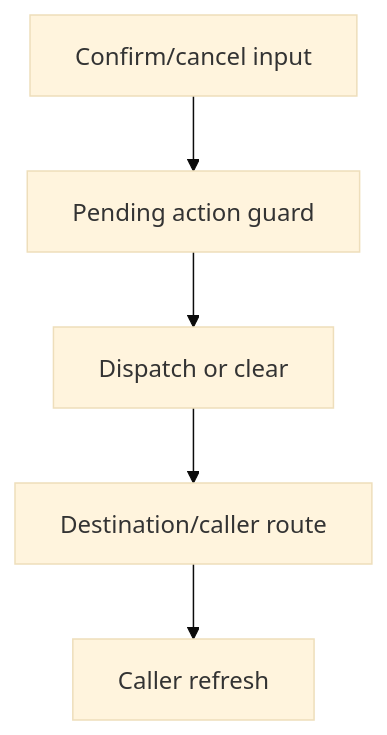
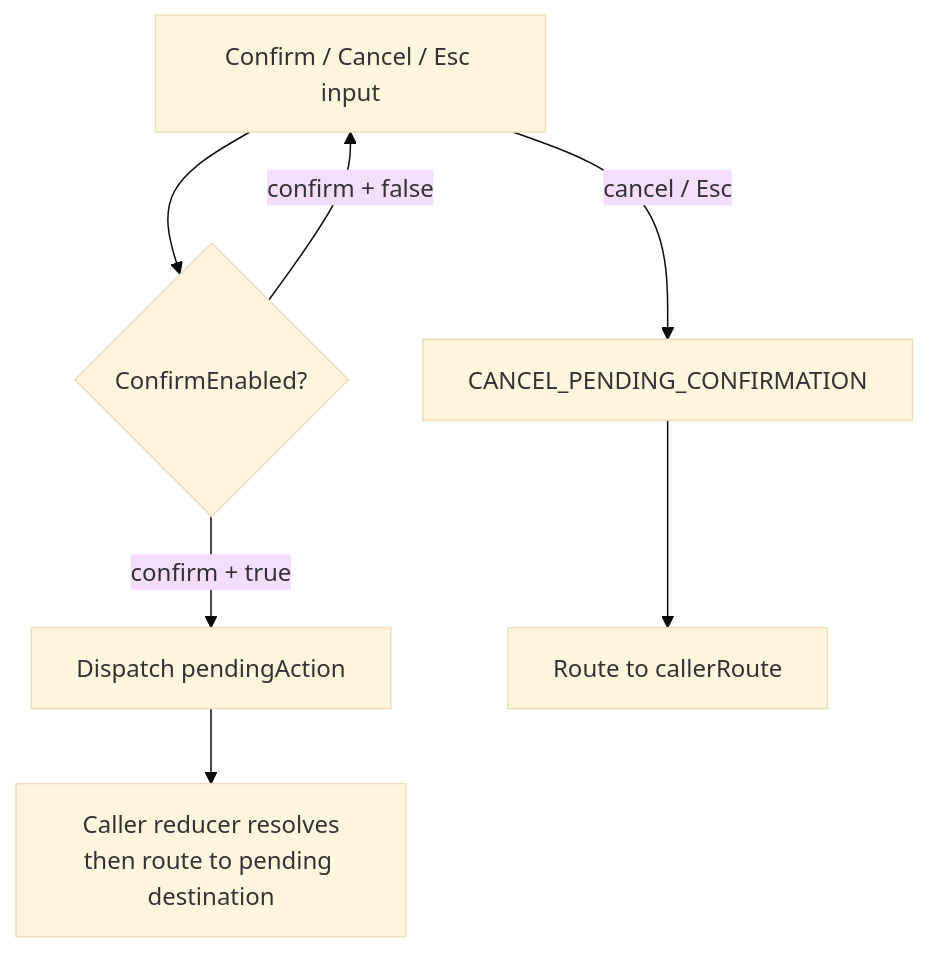
One commit to SunaNoOshiro/Heroes_Reforged_AI_Realms changed the third of 6 diagrams in docs/architecture/wiki/screens/60-confirmation-dialog/architecture.md. Above: the diagram before and after it, drawn with Mermaid (base theme). The commit also changed other lines of this file and 518 other files, not shown here.

First line of the commit message:
Add doc-audit skill and sweep architecture/screen docs

````diff
--- a/docs/architecture/wiki/screens/60-confirmation-dialog/architecture.md
+++ b/docs/architecture/wiki/screens/60-confirmation-dialog/architecture.md
@@ -40,8 +46,10 @@
 ```mermaid
 flowchart TD
-  I0["Confirm/cancel input"] --> I1
-  I1["Pending action guard"] --> I2
-  I2["Dispatch or clear"] --> I3
-  I3["Destination/caller route"] --> I4
-  I4["Caller refresh"]
+  I0["Confirm / Cancel / Esc input"] --> I1
+  I1{"ConfirmEnabled?"}
+  I1 -->|"confirm + true"| I2["Dispatch pendingAction"]
+  I1 -->|"confirm + false"| I0
+  I0 -->|"cancel / Esc"| I3["CANCEL_PENDING_CONFIRMATION"]
+  I2 --> I4["Caller reducer resolves<br/>then route to pending destination"]
+  I3 --> I5["Route to callerRoute"]
 ```
````
